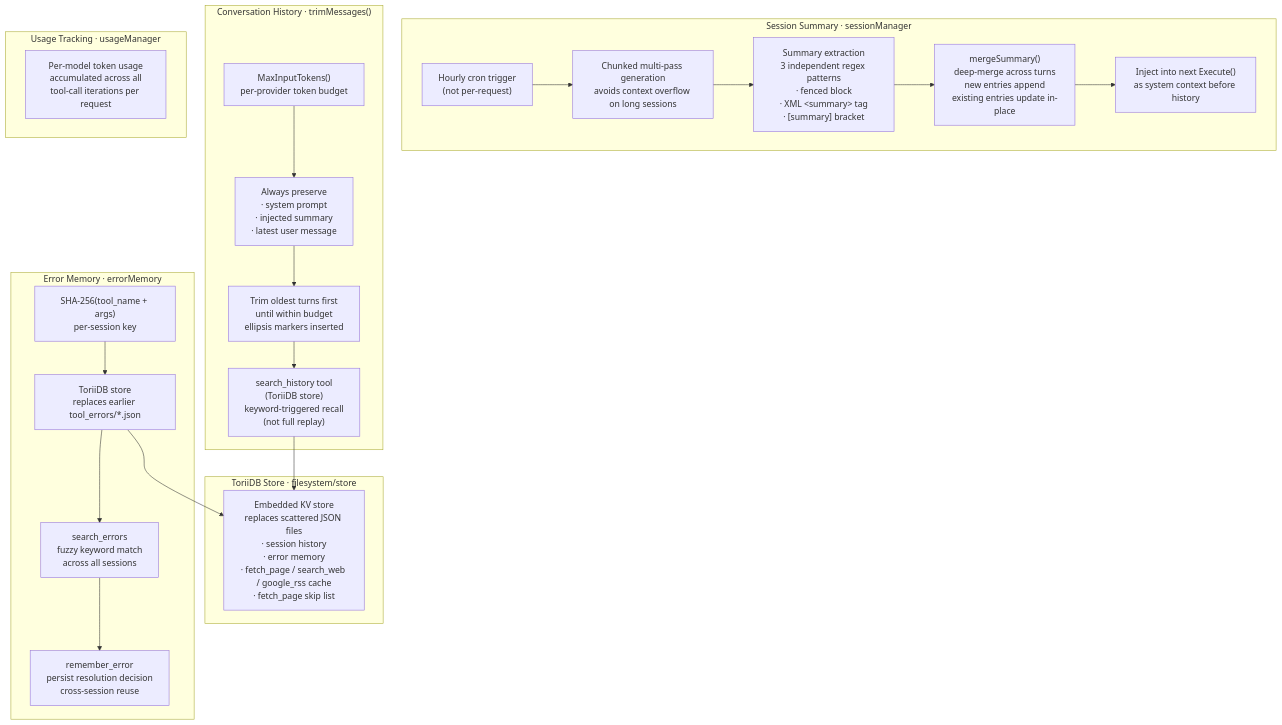
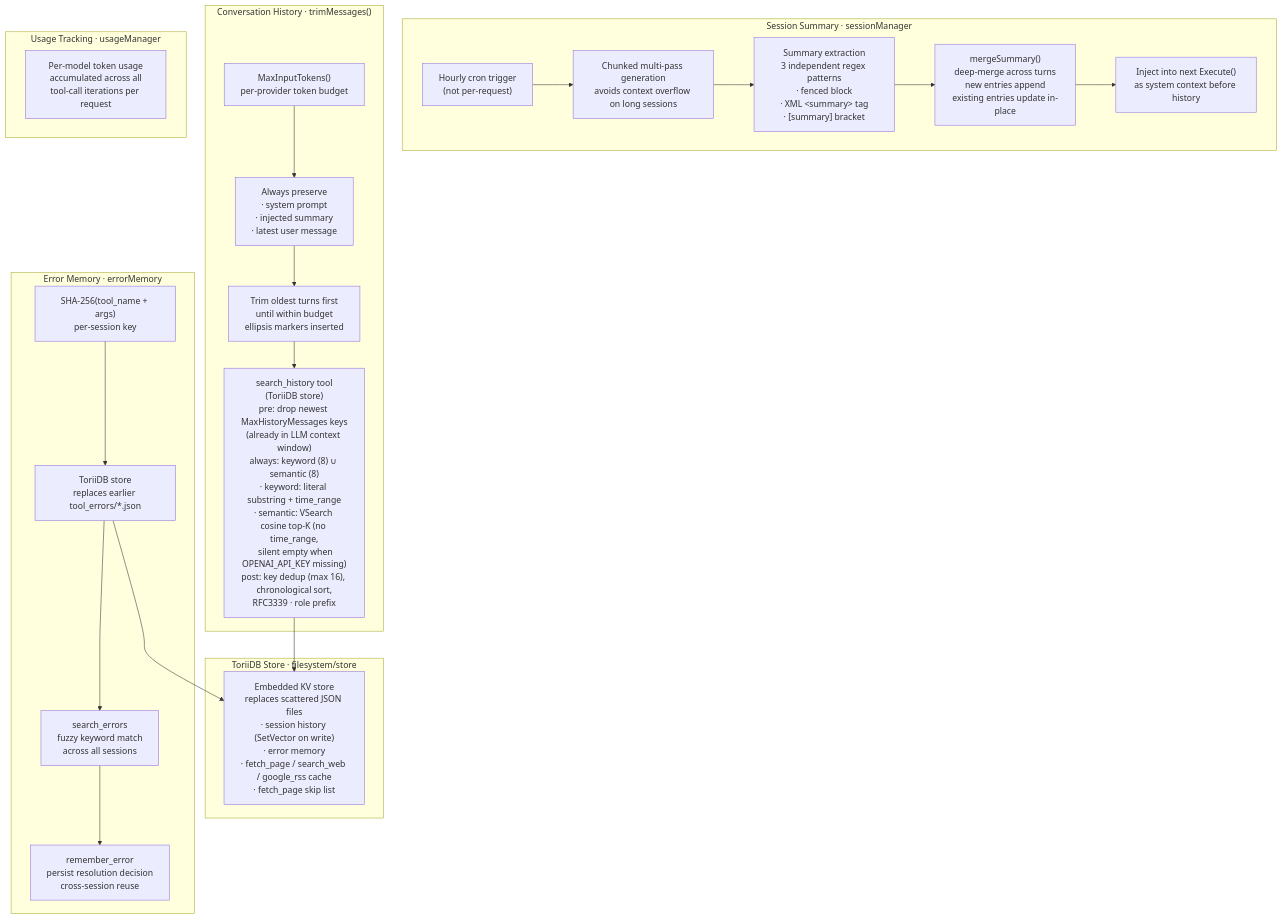
Before and after one commit to pardnchiu/Agenvoy: the eighth of 9 diagrams in doc/architecture.md, drawn with Mermaid. The commit also changed 14 other files, not shown here.

Commit message:
update: Upgrade ToriiDB to v0.5.1 and add semantic search to search_history

````diff
--- a/doc/architecture.md
+++ b/doc/architecture.md
@@ -377,41 +377,41 @@
 ```mermaid
 flowchart TD
     subgraph SessionSummary ["Session Summary · sessionManager"]
         SumCron["Hourly cron trigger\n(not per-request)"]
         SumChunk["Chunked multi-pass generation\navoids context overflow on long sessions"]
         SumExtract["Summary extraction\n3 independent regex patterns\n· fenced block\n· XML &lt;summary&gt; tag\n· [summary] bracket"]
         SumMerge["mergeSummary()\ndeep-merge across turns\nnew entries append\nexisting entries update in-place"]
         SumInject["Inject into next Execute()\nas system context before history"]
     end
 
     subgraph HistoryTrim ["Conversation History · trimMessages()"]
         Budget["MaxInputTokens()\nper-provider token budget"]
         Preserve["Always preserve\n· system prompt\n· injected summary\n· latest user message"]
         Trim["Trim oldest turns first\nuntil within budget\nellipsis markers inserted"]
-        SearchHist["search_history tool\n(ToriiDB store)\nkeyword-triggered recall\n(not full replay)"]
+        SearchHist["search_history tool\n(ToriiDB store)\npre: drop newest MaxHistoryMessages keys\n(already in LLM context window)\nalways: keyword (8) ∪ semantic (8)\n· keyword: literal substring + time_range\n· semantic: VSearch cosine top-K (no time_range,\n  silent empty when OPENAI_API_KEY missing)\npost: key dedup (max 16), chronological sort,\nRFC3339 · role prefix"]
     end
 
     subgraph ToriiStore ["ToriiDB Store · filesystem/store"]
-        TS["Embedded KV store\nreplaces scattered JSON files\n· session history\n· error memory\n· fetch_page / search_web / google_rss cache\n· fetch_page skip list"]
+        TS["Embedded KV store\nreplaces scattered JSON files\n· session history (SetVector on write)\n· error memory\n· fetch_page / search_web / google_rss cache\n· fetch_page skip list"]
     end
 
     subgraph ErrorMemory ["Error Memory · errorMemory"]
         ErrHash["SHA-256(tool_name + args)\nper-session key"]
         ErrStore["ToriiDB store\nreplaces earlier tool_errors/*.json"]
         ErrRecall["search_errors\nfuzzy keyword match\nacross all sessions"]
         ErrResolve["remember_error\npersist resolution decision\ncross-session reuse"]
     end
 
     subgraph UsageTracking ["Usage Tracking · usageManager"]
         UT["Per-model token usage\naccumulated across all\ntool-call iterations per request"]
     end
 
     SumCron --> SumChunk --> SumExtract --> SumMerge --> SumInject
     Budget --> Preserve --> Trim
     Trim --> SearchHist
     SearchHist --> TS
     ErrHash --> ErrStore
     ErrStore --> TS
     ErrStore --> ErrRecall
     ErrRecall --> ErrResolve
 ```
````
